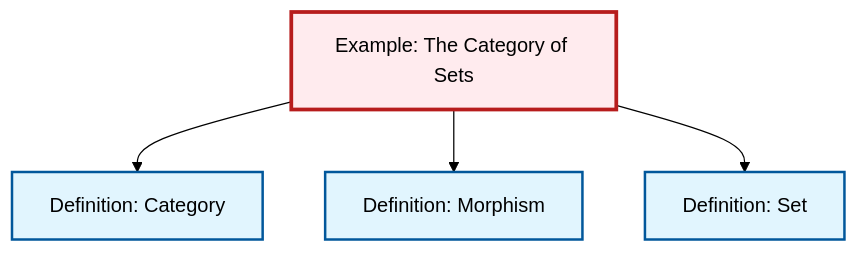
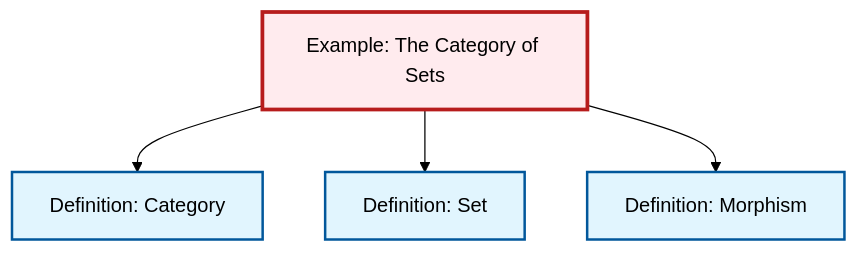
One commit to RK0429/ModernMath changed the diagram in content/en/category-theory/ex-set-category.qmd. Above: the diagram before and after it, drawn with Mermaid (forest theme). The commit also changed other lines of this file and 672 other files, not shown here.

````diff
--- a/content/en/category-theory/ex-set-category.qmd
+++ b/content/en/category-theory/ex-set-category.qmd
@@ -68,20 +68,20 @@
 ```{mermaid}
 %%| fig-cap: "Local dependency graph"
 graph TD
     classDef definition fill:#e1f5fe,stroke:#01579b,stroke-width:2px
     classDef theorem fill:#f3e5f5,stroke:#4a148c,stroke-width:2px
     classDef axiom fill:#fff3e0,stroke:#e65100,stroke-width:2px
     classDef example fill:#e8f5e9,stroke:#1b5e20,stroke-width:2px
     classDef current fill:#ffebee,stroke:#b71c1c,stroke-width:3px
+    ex-set-category["Example: The Category of Sets"]:::example
     def-morphism["Definition: Morphism"]:::definition
+    def-set["Definition: Set"]:::definition
     def-category["Definition: Category"]:::definition
-    ex-set-category["Example: The Category of Sets"]:::example
-    def-set["Definition: Set"]:::definition
     ex-set-category --> def-category
+    ex-set-category --> def-set
     ex-set-category --> def-morphism
-    ex-set-category --> def-set
     class ex-set-category current
     click def-morphism "def-morphism.html" "Go to Morphism definition"
+    click def-set "def-set.html" "Go to Set definition"
     click def-category "def-category.html" "Go to Category definition"
-    click def-set "def-set.html" "Go to Set definition"
 ```
````
